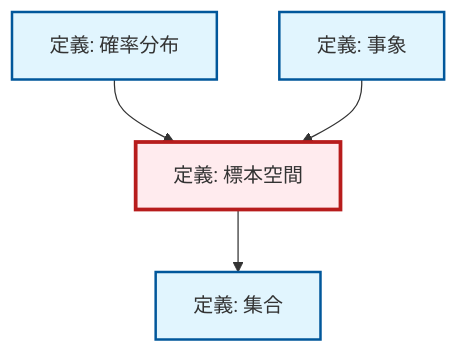
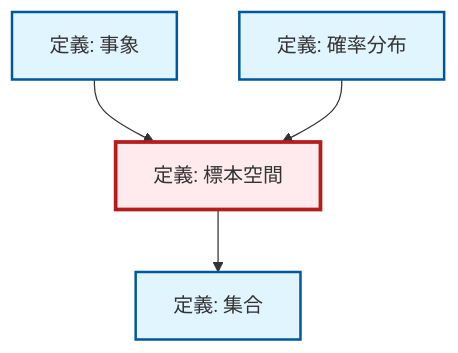
One commit to RK0429/ModernMath changed the diagram in content/ja/probability-statistics/def-sample-space.qmd. Above: the diagram before and after it, drawn with Mermaid. The commit also changed other lines of this file and 328 other files, not shown here.

````diff
--- a/content/ja/probability-statistics/def-sample-space.qmd
+++ b/content/ja/probability-statistics/def-sample-space.qmd
@@ -58,20 +58,20 @@
 ```{mermaid}
 %%| fig-cap: "ローカル依存関係グラフ"
 graph TD
     classDef definition fill:#e1f5fe,stroke:#01579b,stroke-width:2px
     classDef theorem fill:#f3e5f5,stroke:#4a148c,stroke-width:2px
     classDef axiom fill:#fff3e0,stroke:#e65100,stroke-width:2px
     classDef example fill:#e8f5e9,stroke:#1b5e20,stroke-width:2px
     classDef current fill:#ffebee,stroke:#b71c1c,stroke-width:3px
     def-set["定義: 集合"]:::definition
+    def-probability-distribution["定義: 確率分布"]:::definition
+    def-event["定義: 事象"]:::definition
     def-sample-space["定義: 標本空間"]:::definition
-    def-event["定義: 事象"]:::definition
-    def-probability-distribution["定義: 確率分布"]:::definition
+    def-event --> def-sample-space
     def-probability-distribution --> def-sample-space
-    def-event --> def-sample-space
     def-sample-space --> def-set
     class def-sample-space current
     click def-set "def-set.html" "集合の定義へ"
+    click def-probability-distribution "def-probability-distribution.html" "確率分布の定義へ"
     click def-event "def-event.html" "事象の定義へ"
-    click def-probability-distribution "def-probability-distribution.html" "確率分布の定義へ"
 ```
````
